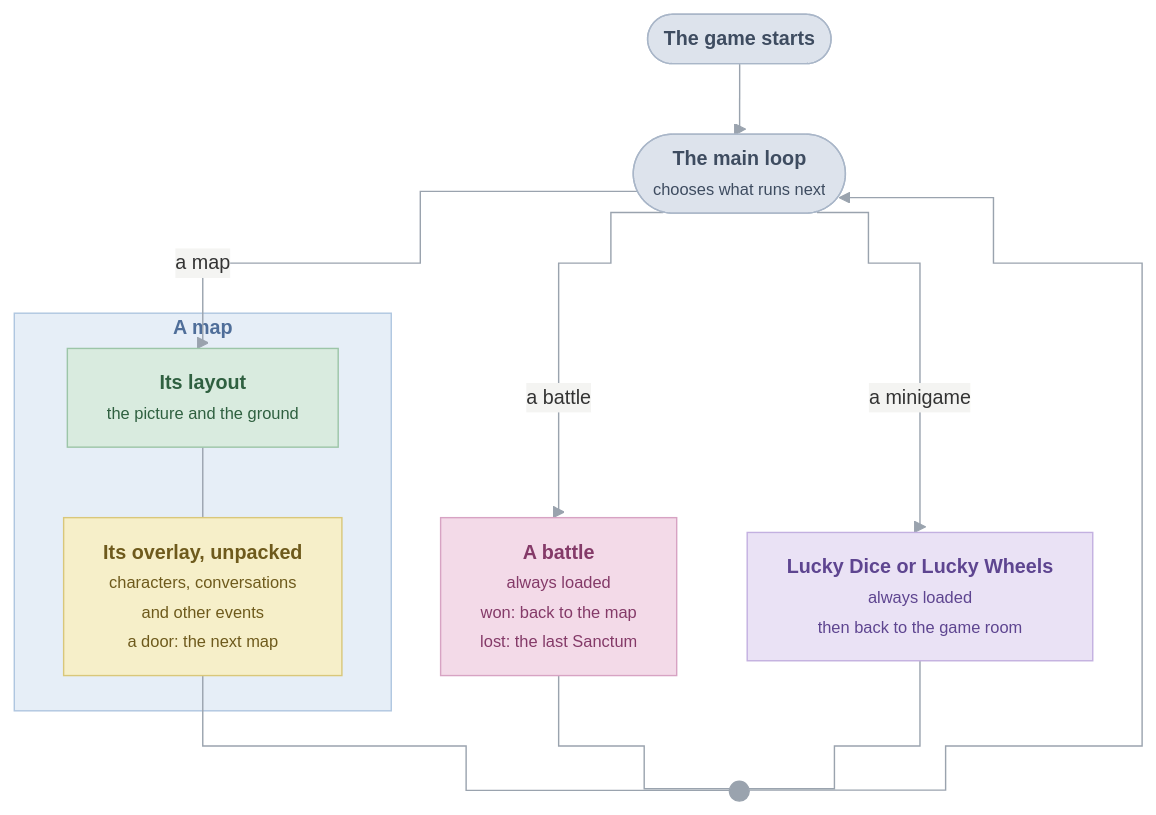
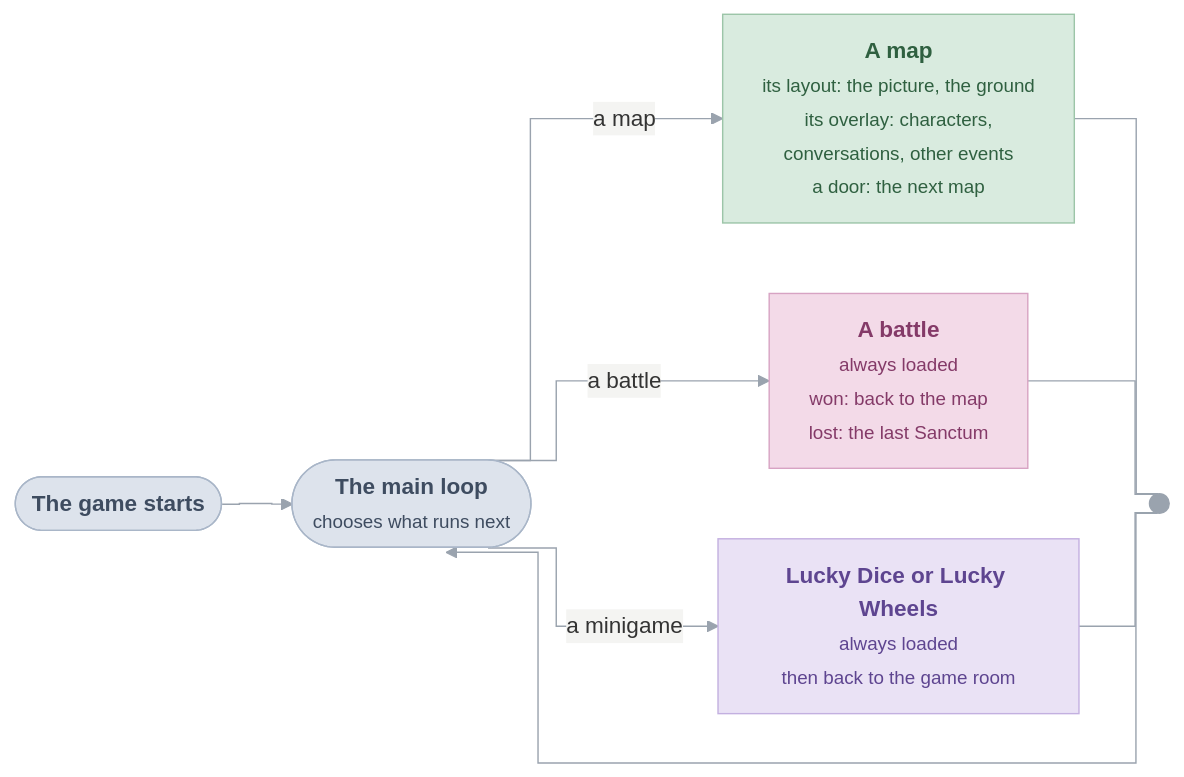
One commit to PascalPixel/alchemy changed the diagram in games/tbs/README.md. Above: the diagram before and after it, drawn with Mermaid.

Commit message:
Front page: the main-loop diagram runs left to right, one loop, default fonts
Mermaid's layout misplaced the map's nested boxes, so the map is one box that lists what it holds.

````diff
--- a/games/tbs/README.md
+++ b/games/tbs/README.md
@@ -29,29 +29,23 @@
 ```mermaid
-%%{init: {"theme": "base", "themeVariables": {"fontFamily": "ui-monospace, SFMono-Regular, Menlo, monospace", "fontSize": "14px", "lineColor": "#9AA3AE", "edgeLabelBackground": "#F4F4F2", "titleColor": "#4F6E99", "clusterBkg": "#E6EEF7", "clusterBorder": "#AFC6E0"}, "flowchart": {"curve": "step", "padding": 14}}}%%
-flowchart TD
+%%{init: {"theme": "base", "themeVariables": {"lineColor": "#9AA3AE", "edgeLabelBackground": "#F4F4F2"}, "flowchart": {"curve": "step", "padding": 14}}}%%
+flowchart LR
   start(["<b>The game starts</b>"]) --> loop(["<b>The main loop</b><br/><small>chooses what runs next</small>"])
-  loop -- "a map" --> layout
+  loop -- "a map" --> map["<b>A map</b><br/><small>its layout: the picture, the ground<br/>its overlay: characters,<br/>conversations, other events<br/>a door: the next map</small>"]
   loop -- "a battle" --> battle["<b>A battle</b><br/><small>always loaded<br/>won: back to the map<br/>lost: the last Sanctum</small>"]
   loop -- "a minigame" --> mini["<b>Lucky Dice or Lucky Wheels</b><br/><small>always loaded<br/>then back to the game room</small>"]
-  subgraph map ["<b>A map</b>"]
-    layout["<b>Its layout</b><br/><small>the picture and the ground</small>"]
-    layout --- overlay["<b>Its overlay, unpacked</b><br/><small>characters, conversations<br/>and other events<br/>a door: the next map</small>"]
-  end
-  overlay --- back(( ))
+  map --- back(( ))
   battle --- back
   mini --- back
   back --> loop
   classDef flow fill:#DDE3EC,stroke:#A9B6C8,color:#3E4C60
   classDef place fill:#D9EBDF,stroke:#9CC5A8,color:#2F6040
-  classDef scripts fill:#F6EFC9,stroke:#D9C77A,color:#6E5A1C
   classDef fight fill:#F3DAE8,stroke:#D7A3C3,color:#843A68
   classDef game fill:#EAE2F5,stroke:#C3B0E0,color:#5E4590
   classDef join fill:#9AA3AE,stroke:#9AA3AE
   class start,loop flow
-  class layout place
-  class overlay scripts
+  class map place
   class battle fight
   class mini game
   class back join
   style back width:8px,height:8px
 ```
````
